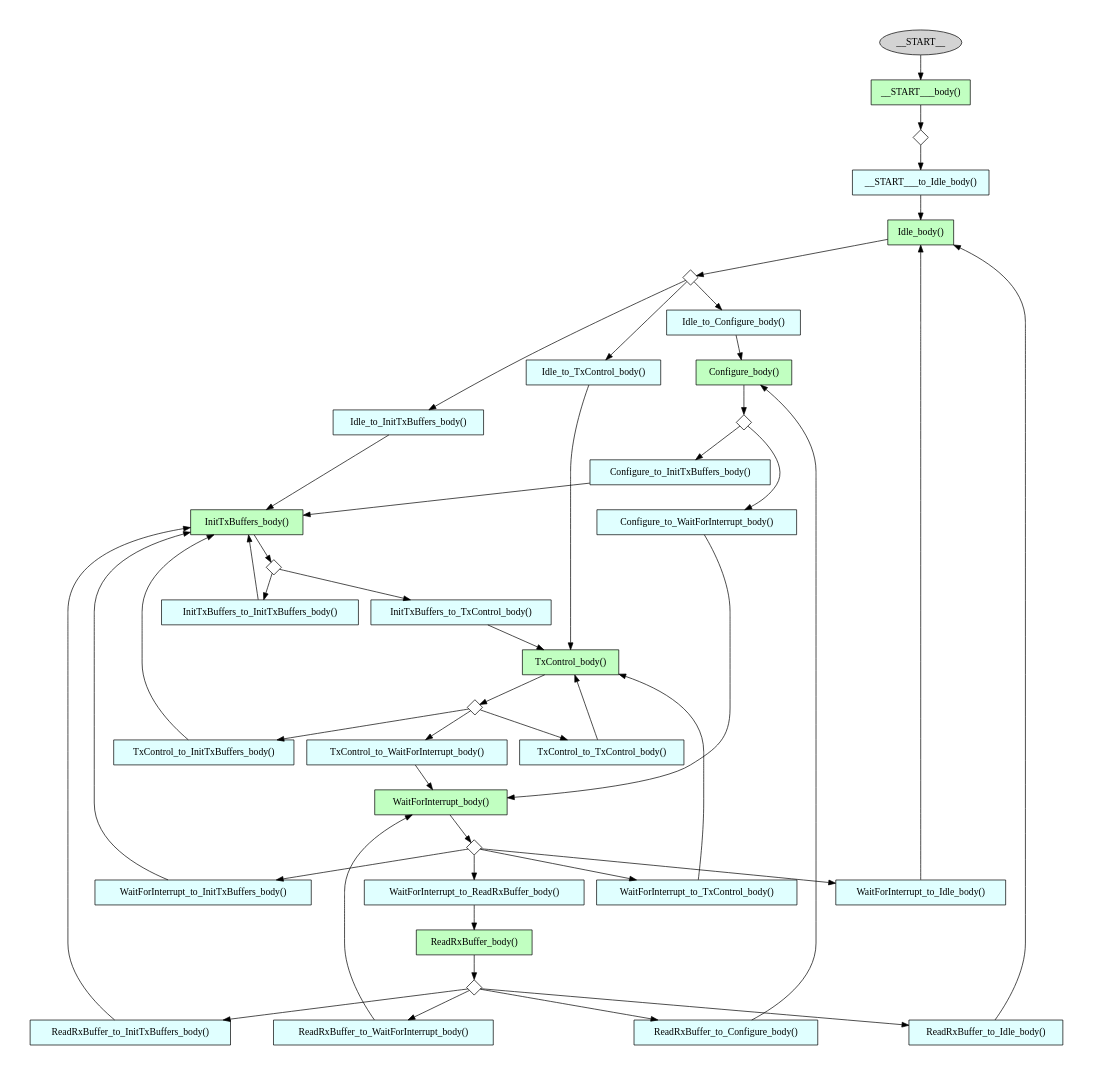
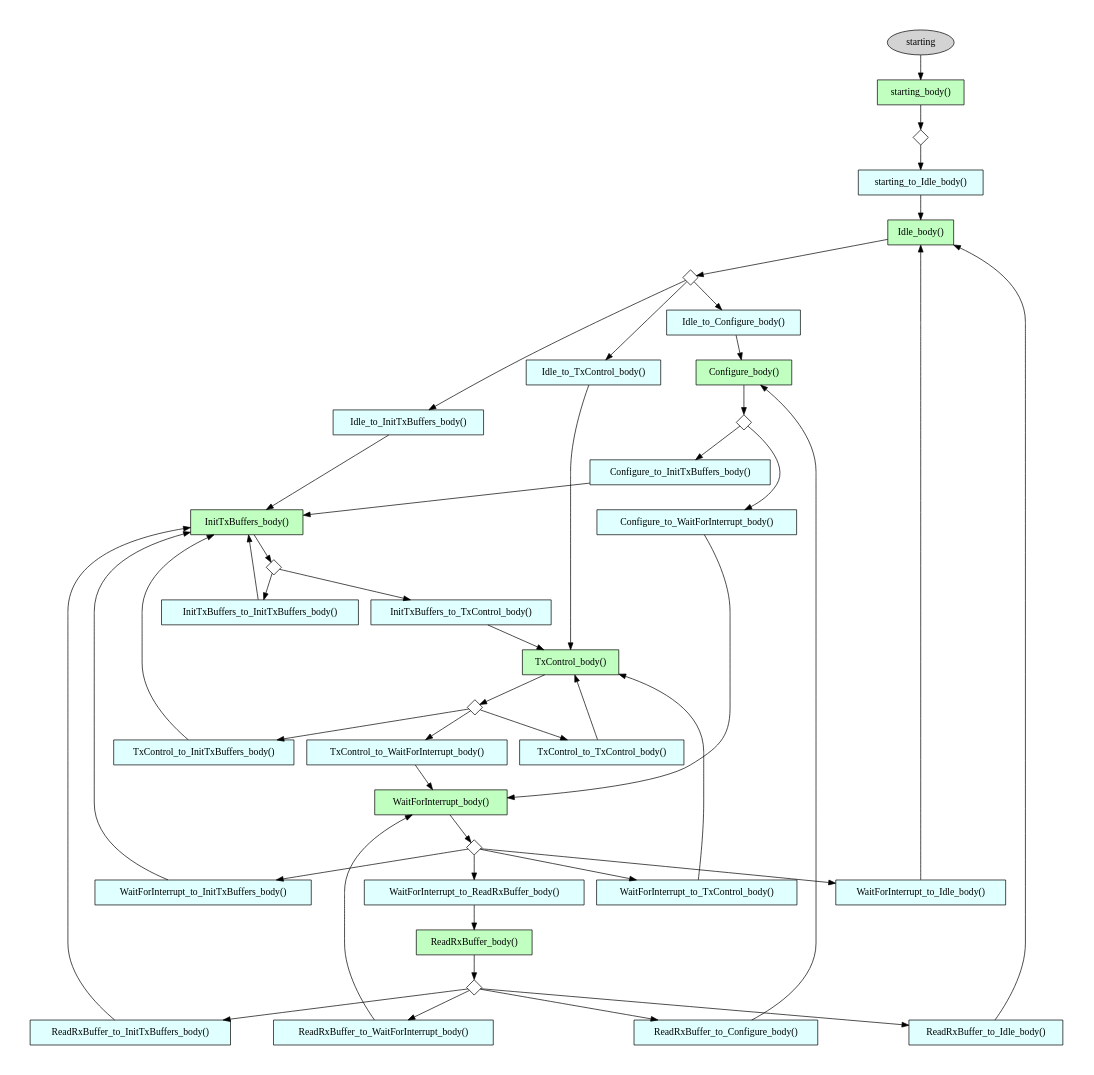
One commit to stepannotuser/ugrasp_mode changed the diagram in examples/sw_ctrl/sw_control/src/sv/sw_control_full_graphviz.dot. Above: the diagram before and after it, drawn with Graphviz. The commit also changed 33 other files, not shown here.

```diff
--- a/examples/sw_ctrl/sw_control/src/sv/sw_control_full_graphviz.dot
+++ b/examples/sw_ctrl/sw_control/src/sv/sw_control_full_graphviz.dot
@@ -1,87 +1,87 @@
 // SVGraph sw_control
 // File    sw_control_full_graphviz.dot
 
 
 digraph sw_control {
   pad="0.5"
-  __START__ [label="__START__" fillcolor=lightgrey style=filled];
-  __START__ -> __START___body;
+  starting [label="starting" fillcolor=lightgrey style=filled];
+  starting -> starting_body;
   Idle_body [label="Idle_body()" shape=box style=filled fillcolor=darkseagreen1];
   Idle_sel [label="" shape=diamond height="0.3" width="0.3"];
   Idle_body -> Idle_sel;
   Idle_to_Configure_body [label="Idle_to_Configure_body()" shape=box style=filled fillcolor=lightcyan];
   Idle_sel -> Idle_to_Configure_body
   Idle_to_Configure_body -> Configure_body;
   Idle_to_InitTxBuffers_body [label="Idle_to_InitTxBuffers_body()" shape=box style=filled fillcolor=lightcyan];
   Idle_sel -> Idle_to_InitTxBuffers_body
   Idle_to_InitTxBuffers_body -> InitTxBuffers_body;
   Idle_to_TxControl_body [label="Idle_to_TxControl_body()" shape=box style=filled fillcolor=lightcyan];
   Idle_sel -> Idle_to_TxControl_body
   Idle_to_TxControl_body -> TxControl_body;
   Configure_body [label="Configure_body()" shape=box style=filled fillcolor=darkseagreen1];
   Configure_sel [label="" shape=diamond height="0.3" width="0.3"];
   Configure_body -> Configure_sel;
   Configure_to_InitTxBuffers_body [label="Configure_to_InitTxBuffers_body()" shape=box style=filled fillcolor=lightcyan];
   Configure_sel -> Configure_to_InitTxBuffers_body
   Configure_to_InitTxBuffers_body -> InitTxBuffers_body;
   Configure_to_WaitForInterrupt_body [label="Configure_to_WaitForInterrupt_body()" shape=box style=filled fillcolor=lightcyan];
   Configure_sel -> Configure_to_WaitForInterrupt_body
   Configure_to_WaitForInterrupt_body -> WaitForInterrupt_body;
   InitTxBuffers_body [label="InitTxBuffers_body()" shape=box style=filled fillcolor=darkseagreen1];
   InitTxBuffers_sel [label="" shape=diamond height="0.3" width="0.3"];
   InitTxBuffers_body -> InitTxBuffers_sel;
   InitTxBuffers_to_TxControl_body [label="InitTxBuffers_to_TxControl_body()" shape=box style=filled fillcolor=lightcyan];
   InitTxBuffers_sel -> InitTxBuffers_to_TxControl_body
   InitTxBuffers_to_TxControl_body -> TxControl_body;
   InitTxBuffers_to_InitTxBuffers_body [label="InitTxBuffers_to_InitTxBuffers_body()" shape=box style=filled fillcolor=lightcyan];
   InitTxBuffers_sel -> InitTxBuffers_to_InitTxBuffers_body
   InitTxBuffers_to_InitTxBuffers_body -> InitTxBuffers_body;
   TxControl_body [label="TxControl_body()" shape=box style=filled fillcolor=darkseagreen1];
   TxControl_sel [label="" shape=diamond height="0.3" width="0.3"];
   TxControl_body -> TxControl_sel;
   TxControl_to_WaitForInterrupt_body [label="TxControl_to_WaitForInterrupt_body()" shape=box style=filled fillcolor=lightcyan];
   TxControl_sel -> TxControl_to_WaitForInterrupt_body
   TxControl_to_WaitForInterrupt_body -> WaitForInterrupt_body;
   TxControl_to_TxControl_body [label="TxControl_to_TxControl_body()" shape=box style=filled fillcolor=lightcyan];
   TxControl_sel -> TxControl_to_TxControl_body
   TxControl_to_TxControl_body -> TxControl_body;
   TxControl_to_InitTxBuffers_body [label="TxControl_to_InitTxBuffers_body()" shape=box style=filled fillcolor=lightcyan];
   TxControl_sel -> TxControl_to_InitTxBuffers_body
   TxControl_to_InitTxBuffers_body -> InitTxBuffers_body;
   WaitForInterrupt_body [label="WaitForInterrupt_body()" shape=box style=filled fillcolor=darkseagreen1];
   WaitForInterrupt_sel [label="" shape=diamond height="0.3" width="0.3"];
   WaitForInterrupt_body -> WaitForInterrupt_sel;
   WaitForInterrupt_to_ReadRxBuffer_body [label="WaitForInterrupt_to_ReadRxBuffer_body()" shape=box style=filled fillcolor=lightcyan];
   WaitForInterrupt_sel -> WaitForInterrupt_to_ReadRxBuffer_body
   WaitForInterrupt_to_ReadRxBuffer_body -> ReadRxBuffer_body;
   WaitForInterrupt_to_InitTxBuffers_body [label="WaitForInterrupt_to_InitTxBuffers_body()" shape=box style=filled fillcolor=lightcyan];
   WaitForInterrupt_sel -> WaitForInterrupt_to_InitTxBuffers_body
   WaitForInterrupt_to_InitTxBuffers_body -> InitTxBuffers_body;
   WaitForInterrupt_to_Idle_body [label="WaitForInterrupt_to_Idle_body()" shape=box style=filled fillcolor=lightcyan];
   WaitForInterrupt_sel -> WaitForInterrupt_to_Idle_body
   WaitForInterrupt_to_Idle_body -> Idle_body;
   WaitForInterrupt_to_TxControl_body [label="WaitForInterrupt_to_TxControl_body()" shape=box style=filled fillcolor=lightcyan];
   WaitForInterrupt_sel -> WaitForInterrupt_to_TxControl_body
   WaitForInterrupt_to_TxControl_body -> TxControl_body;
   ReadRxBuffer_body [label="ReadRxBuffer_body()" shape=box style=filled fillcolor=darkseagreen1];
   ReadRxBuffer_sel [label="" shape=diamond height="0.3" width="0.3"];
   ReadRxBuffer_body -> ReadRxBuffer_sel;
   ReadRxBuffer_to_Idle_body [label="ReadRxBuffer_to_Idle_body()" shape=box style=filled fillcolor=lightcyan];
   ReadRxBuffer_sel -> ReadRxBuffer_to_Idle_body
   ReadRxBuffer_to_Idle_body -> Idle_body;
   ReadRxBuffer_to_Configure_body [label="ReadRxBuffer_to_Configure_body()" shape=box style=filled fillcolor=lightcyan];
   ReadRxBuffer_sel -> ReadRxBuffer_to_Configure_body
   ReadRxBuffer_to_Configure_body -> Configure_body;
   ReadRxBuffer_to_InitTxBuffers_body [label="ReadRxBuffer_to_InitTxBuffers_body()" shape=box style=filled fillcolor=lightcyan];
   ReadRxBuffer_sel -> ReadRxBuffer_to_InitTxBuffers_body
   ReadRxBuffer_to_InitTxBuffers_body -> InitTxBuffers_body;
   ReadRxBuffer_to_WaitForInterrupt_body [label="ReadRxBuffer_to_WaitForInterrupt_body()" shape=box style=filled fillcolor=lightcyan];
   ReadRxBuffer_sel -> ReadRxBuffer_to_WaitForInterrupt_body
   ReadRxBuffer_to_WaitForInterrupt_body -> WaitForInterrupt_body;
-  __START___body [label="__START___body()" shape=box style=filled fillcolor=darkseagreen1];
-  __START___sel [label="" shape=diamond height="0.3" width="0.3"];
-  __START___body -> __START___sel;
-  __START___to_Idle_body [label="__START___to_Idle_body()" shape=box style=filled fillcolor=lightcyan];
-  __START___sel -> __START___to_Idle_body
-  __START___to_Idle_body -> Idle_body;
+  starting_body [label="starting_body()" shape=box style=filled fillcolor=darkseagreen1];
+  starting_sel [label="" shape=diamond height="0.3" width="0.3"];
+  starting_body -> starting_sel;
+  starting_to_Idle_body [label="starting_to_Idle_body()" shape=box style=filled fillcolor=lightcyan];
+  starting_sel -> starting_to_Idle_body
+  starting_to_Idle_body -> Idle_body;
 }
```
